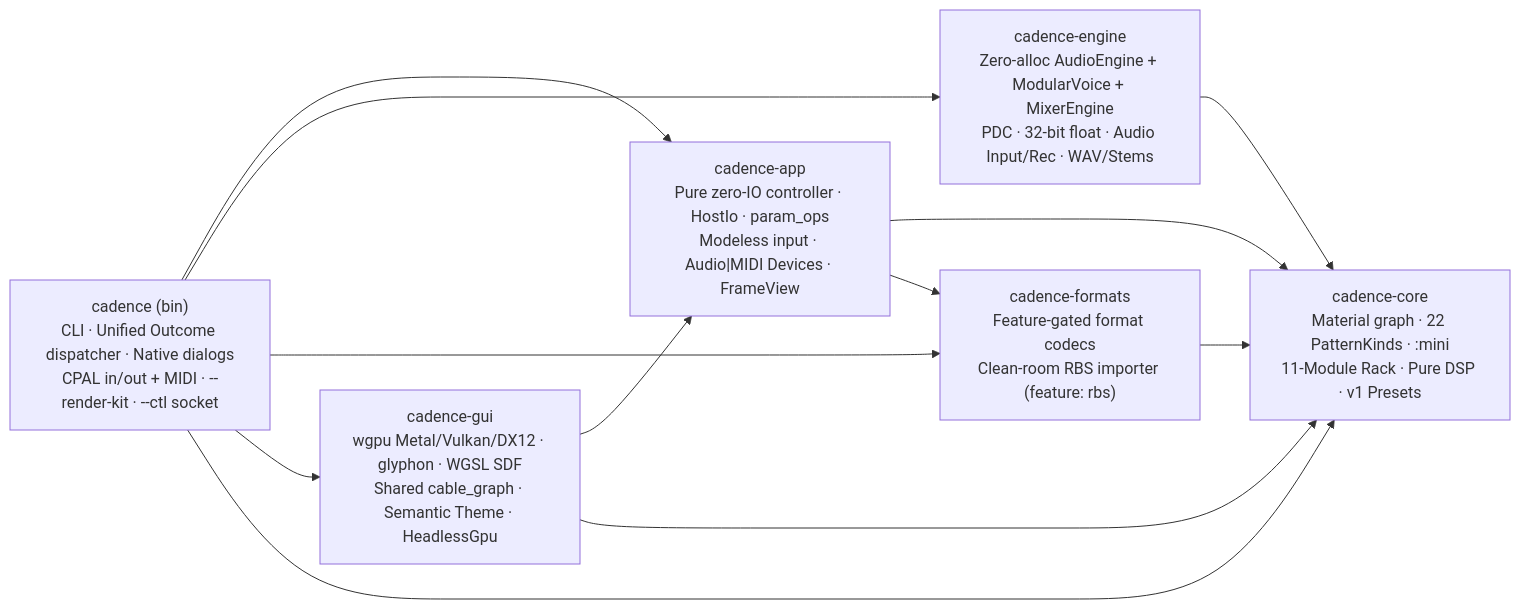
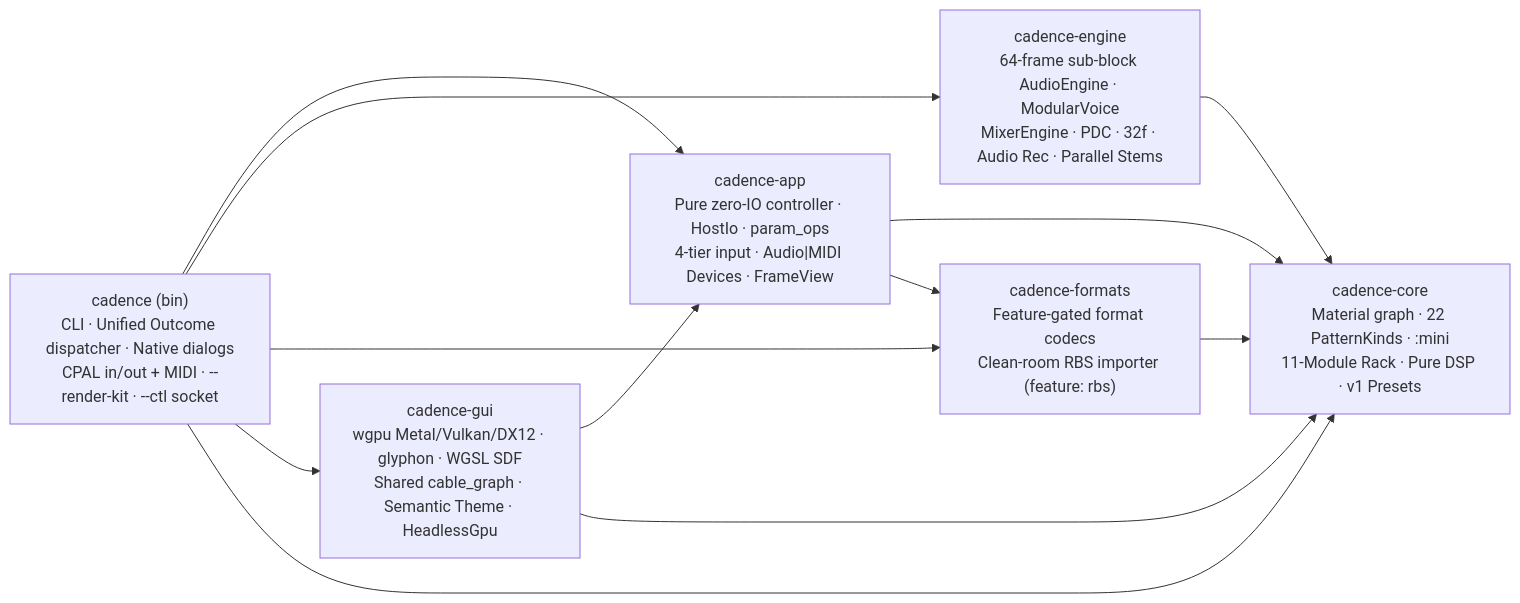
The diagram in ARCHITECTURE.md (cadencefm/cadence), drawn with Mermaid before and after one commit. The commit also changed other lines of this file and 26 other files, not shown here.

````diff
--- a/ARCHITECTURE.md
+++ b/ARCHITECTURE.md
@@ -7,21 +7,21 @@
 ```mermaid
 flowchart LR
   Core["cadence-core<br/>Material graph · 22 PatternKinds · :mini<br/>11-Module Rack · Pure DSP · v1 Presets"]
   Formats["cadence-formats<br/>Feature-gated format codecs<br/>Clean-room RBS importer (feature: rbs)"]
-  Engine["cadence-engine<br/>Zero-alloc AudioEngine + ModularVoice + MixerEngine<br/>PDC · 32-bit float · Audio Input/Rec · WAV/Stems"]
-  App["cadence-app<br/>Pure zero-IO controller · HostIo · param_ops<br/>Modeless input · Audio|MIDI Devices · FrameView"]
+  Engine["cadence-engine<br/>64-frame sub-block AudioEngine · ModularVoice<br/>MixerEngine · PDC · 32f · Audio Rec · Parallel Stems"]
+  App["cadence-app<br/>Pure zero-IO controller · HostIo · param_ops<br/>4-tier input · Audio|MIDI Devices · FrameView"]
   Gui["cadence-gui<br/>wgpu Metal/Vulkan/DX12 · glyphon · WGSL SDF<br/>Shared cable_graph · Semantic Theme · HeadlessGpu"]
   Host["cadence (bin)<br/>CLI · Unified Outcome dispatcher · Native dialogs<br/>CPAL in/out + MIDI · --render-kit · --ctl socket"]
 
   Formats --> Core
   Engine --> Core
   App --> Core
   App --> Formats
   Gui --> App
   Gui --> Core
   Host --> App
   Host --> Engine
   Host --> Formats
   Host --> Gui
   Host --> Core
 ```
````
